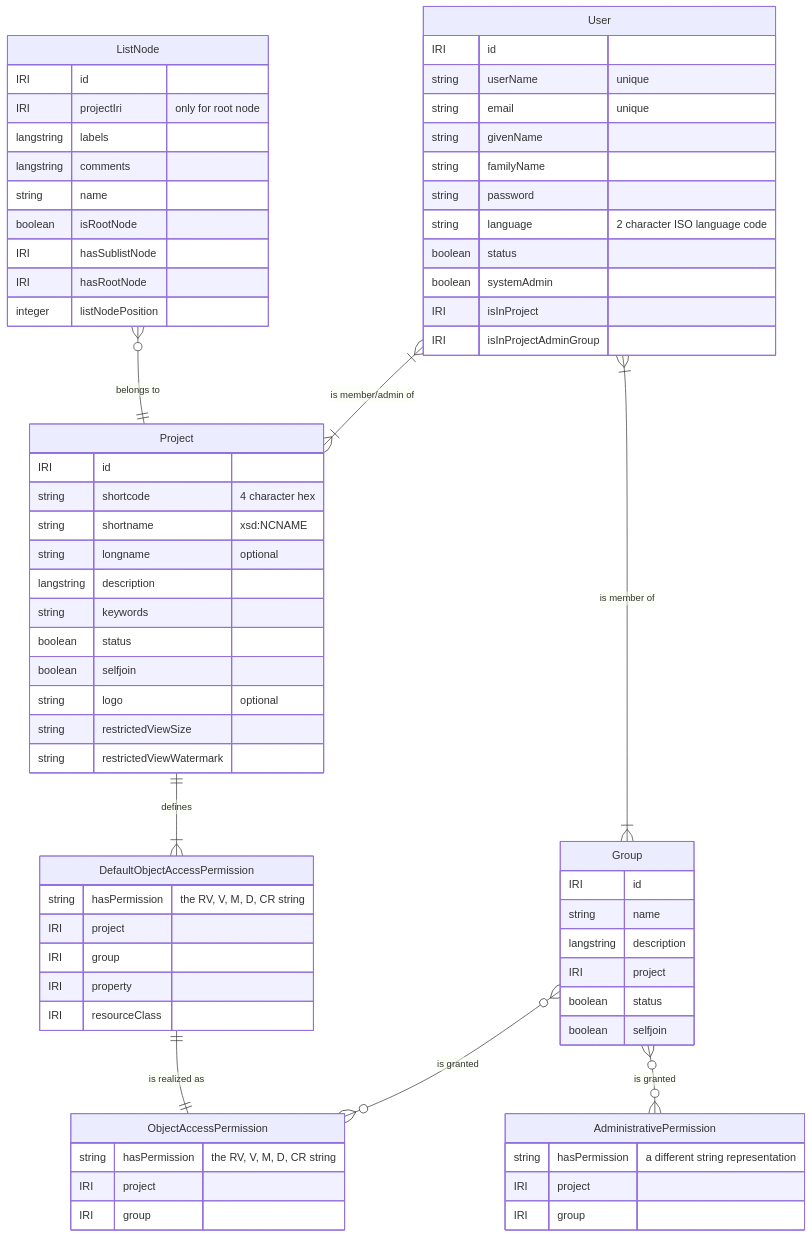
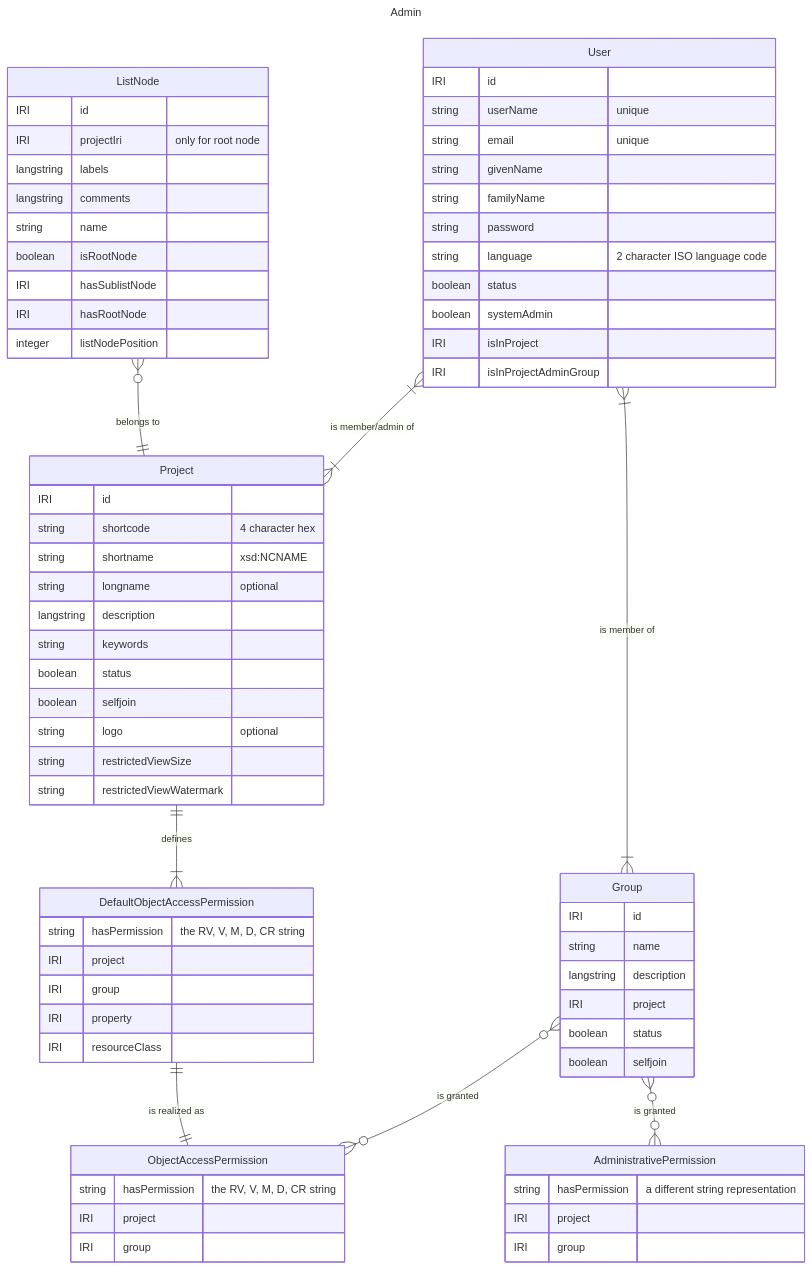
The first of 9 diagrams in docs/05-internals/design/domain/domain-model.md (dasch-swiss/dsp-api), drawn with Mermaid before and after one commit. The commit also changed other lines of this file and 1 other file, not shown here.

````diff
--- a/docs/05-internals/design/domain/domain-model.md
+++ b/docs/05-internals/design/domain/domain-model.md
@@ -18,76 +26,79 @@
 ```mermaid
+---
+title: Admin
+---
 erDiagram
     User {
         IRI id
         string userName "unique"
         string email "unique"
         string givenName
         string familyName
         string password
         string language "2 character ISO language code"
         boolean status
         boolean systemAdmin
         IRI isInProject
         IRI isInProjectAdminGroup
     }
 
     Project {
         IRI id
         string shortcode "4 character hex"
         string shortname "xsd:NCNAME"
         string longname "optional"
         langstring description
         string keywords
         boolean status
         boolean selfjoin
         string logo "optional"
         string restrictedViewSize
         string restrictedViewWatermark
     }
 
     Group {
         IRI id
         string name
         langstring description
         IRI project
         boolean status
         boolean selfjoin
     }
 
     ListNode {
         IRI id
         IRI projectIri "only for root node"
         langstring labels
         langstring comments
         string name
         boolean isRootNode
         IRI hasSublistNode
         IRI hasRootNode
         integer listNodePosition
     }
     ObjectAccessPermission {
         string hasPermission "the RV, V, M, D, CR string"
         IRI project
         IRI group
     }
     DefaultObjectAccessPermission {
         string hasPermission "the RV, V, M, D, CR string"
         IRI project
         IRI group
         IRI property
         IRI resourceClass
     }
     AdministrativePermission {
         string hasPermission "a different string representation"
         IRI project
         IRI group
     }
 
     User }|--|{ Project: "is member/admin of"
     User }|--|{ Group: "is member of"
     ListNode }o--|| Project: "belongs to"
     Project ||--|{ DefaultObjectAccessPermission: defines
     Group }o--o{ AdministrativePermission: "is granted"
     Group }o--o{ ObjectAccessPermission: "is granted"
     DefaultObjectAccessPermission ||--|| ObjectAccessPermission: "is realized as"
 ```
````
